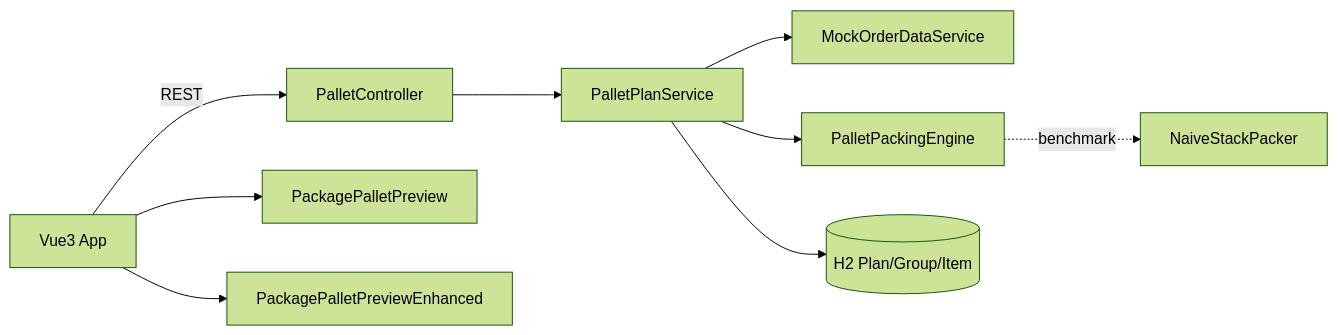
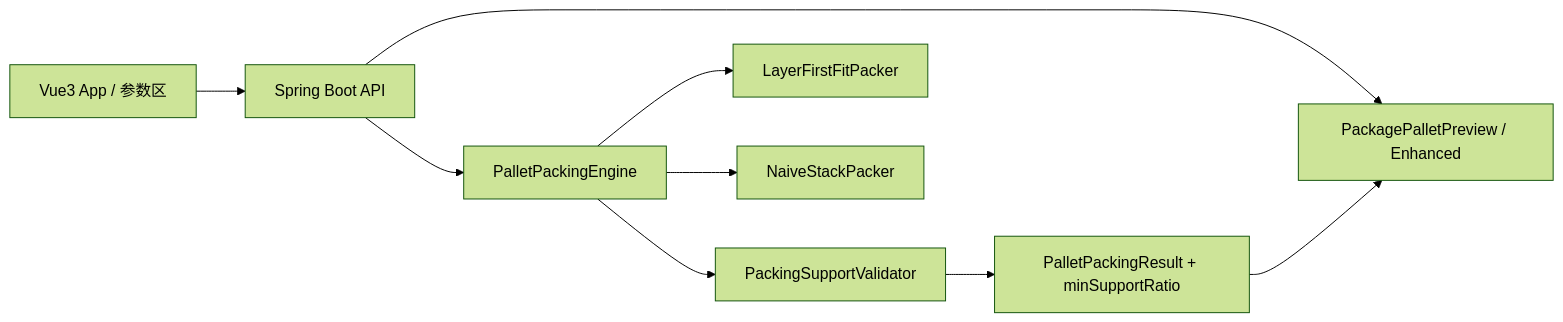
One commit to gethac/pallet-packing-demo changed the diagram in README.md. Above: the diagram before and after it, drawn with Mermaid (forest theme). The commit also changed other lines of this file and 21 other files, not shown here.

First line of the commit message:
docs: 重写 README 首页并整理历史截图

````diff
--- a/README.md
+++ b/README.md
@@ -55,11 +31,11 @@
 ```mermaid
 flowchart LR
-  UI[Vue3 App] -->|REST| API[PalletController]
-  API --> Svc[PalletPlanService]
-  Svc --> Mock[MockOrderDataService]
-  Svc --> Eng[PalletPackingEngine]
-  Svc --> DB[(H2 Plan/Group/Item)]
-  UI --> PrevOrig[PackagePalletPreview]
-  UI --> PrevEnh[PackagePalletPreviewEnhanced]
-  Eng -.benchmark.-> Naive[NaiveStackPacker]
+  UI[Vue3 App / 参数区] --> API[Spring Boot API]
+  API --> Eng[PalletPackingEngine]
+  Eng --> Val[PackingSupportValidator]
+  Eng --> FF[LayerFirstFitPacker]
+  Eng --> Naive[NaiveStackPacker]
+  API --> Prev[PackagePalletPreview / Enhanced]
+  Val --> Result[PalletPackingResult + minSupportRatio]
+  Result --> Prev
 ```
````
